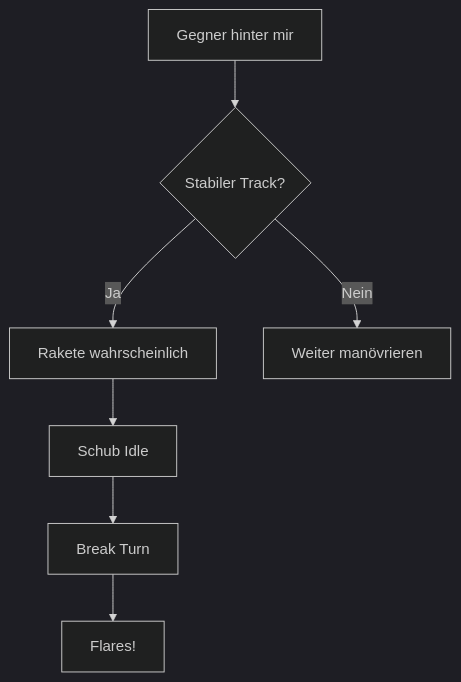
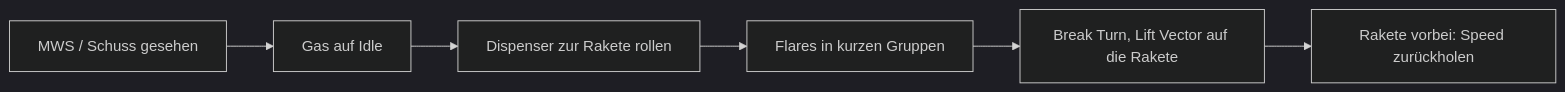
The diagram in docs/avionik/gegenmassnahmen.md (lukaio3D/VFM_Wiki), drawn with Mermaid (dark theme) before and after one commit. The commit also changed other lines of this file and 66 other files, not shown here.

````diff
--- a/docs/avionik/gegenmassnahmen.md
+++ b/docs/avionik/gegenmassnahmen.md
@@ -150,9 +25,8 @@
 ```mermaid
-flowchart TD
-    A[Gegner hinter mir] --> B{Stabiler Track?}
-    B -->|Ja| C[Rakete wahrscheinlich]
-    C --> D[Schub Idle]
-    D --> E[Break Turn]
-    E --> F[Flares!]
-    B -->|Nein| G[Weiter manövrieren]
+flowchart LR
+    A[MWS / Schuss gesehen] --> B[Gas auf Idle]
+    B --> C[Dispenser zur Rakete rollen]
+    C --> D[Flares in kurzen Gruppen]
+    D --> E[Break Turn, Lift Vector auf die Rakete]
+    E --> F[Rakete vorbei: Speed zurückholen]
 ```
````
